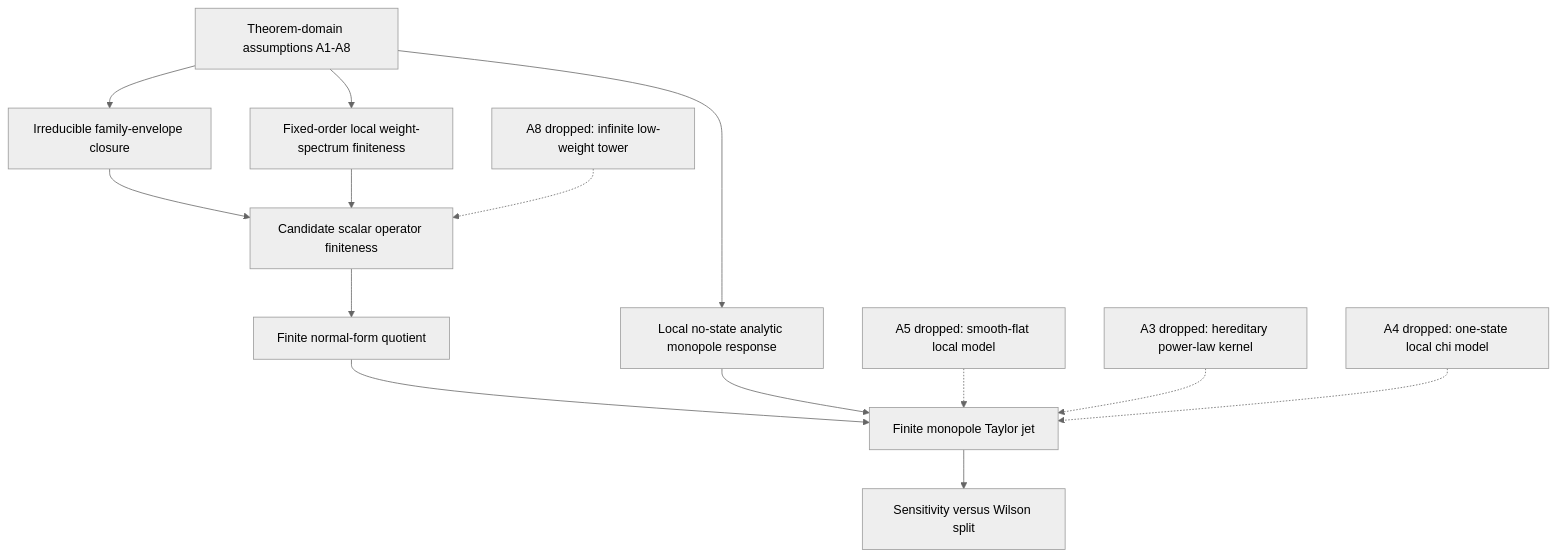
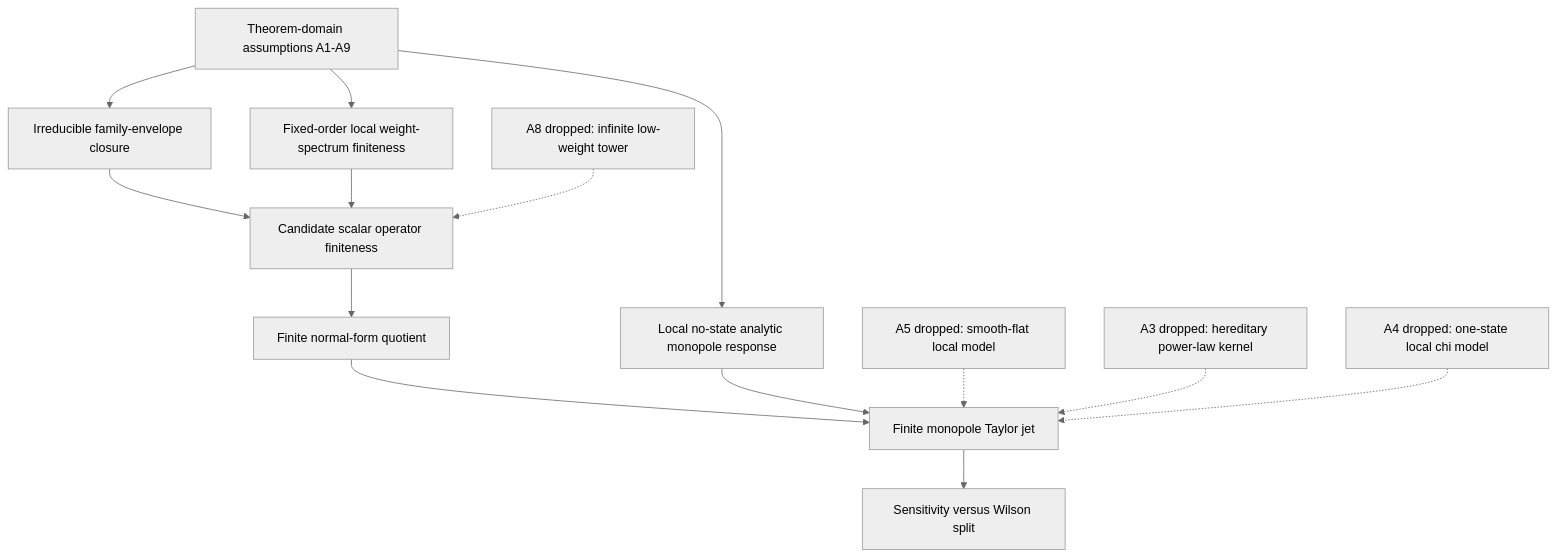
The diagram in docs/theorem-dependency-map.md (lpaiu-cs/self-mass-unobservability), drawn with Mermaid (neutral theme) before and after one commit. The commit also changed other lines of this file and 11 other files, not shown here.

````diff
--- a/docs/theorem-dependency-map.md
+++ b/docs/theorem-dependency-map.md
@@ -6,17 +6,17 @@
 ```mermaid
 flowchart TD
-    A["Theorem-domain assumptions A1-A8"] --> B["Irreducible family-envelope closure"]
+    A["Theorem-domain assumptions A1-A9"] --> B["Irreducible family-envelope closure"]
     A --> C["Fixed-order local weight-spectrum finiteness"]
     B --> D["Candidate scalar operator finiteness"]
     C --> D
     D --> E["Finite normal-form quotient"]
     A --> F["Local no-state analytic monopole response"]
     E --> G["Finite monopole Taylor jet"]
     F --> G
     G --> H["Sensitivity versus Wilson split"]
 
     X1["A8 dropped: infinite low-weight tower"] -.-> D
     X2["A5 dropped: smooth-flat local model"] -.-> G
     X3["A3 dropped: hereditary power-law kernel"] -.-> G
     X4["A4 dropped: one-state local chi model"] -.-> G
 ```
````
